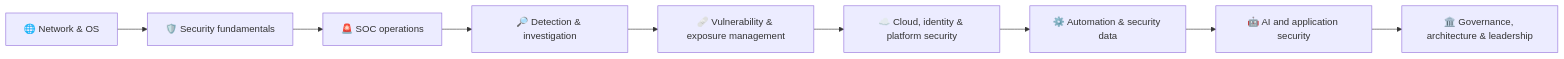
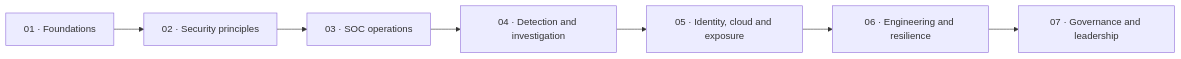
The diagram in README.md (yashvanth-mv27/cyber-Sec-Roadmap-2026-27), drawn with Mermaid before and after one commit. The commit also changed other lines of this file, not shown here.

Commit message:
Redesign README as a CISO-ready cybersecurity roadmap

````diff
--- a/README.md
+++ b/README.md
@@ -37,11 +62,9 @@
 ```mermaid
 flowchart LR
-    A[🌐 Network & OS] --> B[🛡️ Security fundamentals]
-    B --> C[🚨 SOC operations]
-    C --> D[🔎 Detection & investigation]
-    D --> E[🩹 Vulnerability & exposure management]
-    E --> F[☁️ Cloud, identity & platform security]
-    F --> G[⚙️ Automation & security data]
-    G --> H[🤖 AI and application security]
-    H --> I[🏛️ Governance, architecture & leadership]
+    A[01 · Foundations] --> B[02 · Security principles]
+    B --> C[03 · SOC operations]
+    C --> D[04 · Detection and investigation]
+    D --> E[05 · Identity, cloud and exposure]
+    E --> F[06 · Engineering and resilience]
+    F --> G[07 · Governance and leadership]
 ```
````
